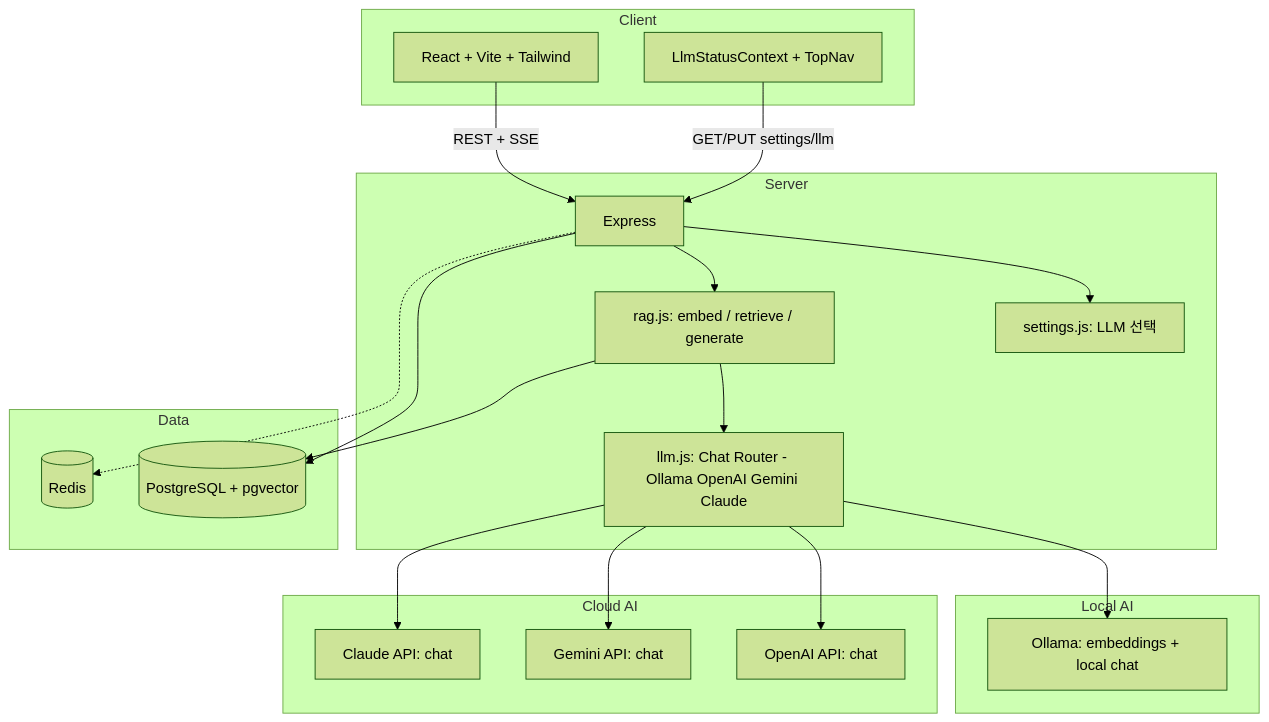
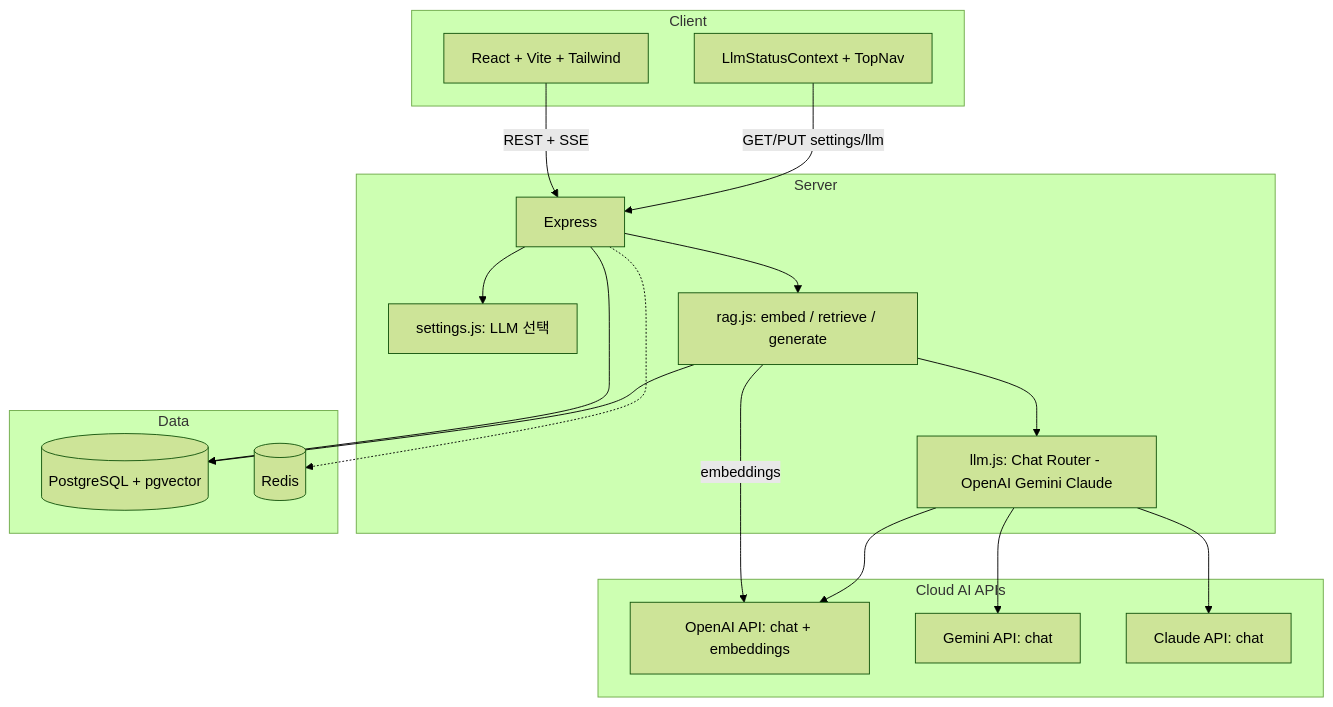
The first of 3 diagrams in README.md (yoonJJ/cert-rag-platform), drawn with Mermaid (forest theme) before and after one commit. The commit also changed other lines of this file and 30 other files, not shown here.

````diff
--- a/README.md
+++ b/README.md
@@ -85,37 +84,34 @@
 ```mermaid
 flowchart TB
   subgraph client [Client]
     UI[React + Vite + Tailwind]
     LLMUI[LlmStatusContext + TopNav]
   end
   subgraph server [Server]
     API[Express]
     SET[settings.js: LLM 선택]
     RAG[rag.js: embed / retrieve / generate]
-    LLM[llm.js: Chat Router - Ollama OpenAI Gemini Claude]
+    LLM[llm.js: Chat Router - OpenAI Gemini Claude]
   end
   subgraph data [Data]
     PG[(PostgreSQL + pgvector)]
     RD[(Redis)]
   end
-  subgraph local [Local AI]
-    OL[Ollama: embeddings + local chat]
-  end
-  subgraph cloud [Cloud AI]
-    OA[OpenAI API: chat]
+  subgraph cloud [Cloud AI APIs]
+    OA[OpenAI API: chat + embeddings]
     GM[Gemini API: chat]
     CL[Claude API: chat]
   end
   UI -->|REST + SSE| API
   LLMUI -->|GET/PUT settings/llm| API
   API --> SET
   API --> RAG
   RAG --> LLM
-  LLM --> OL
+  RAG -->|embeddings| OA
   LLM --> OA
   LLM --> GM
   LLM --> CL
   API --> PG
   API -.-> RD
   RAG --> PG
 ```
````
